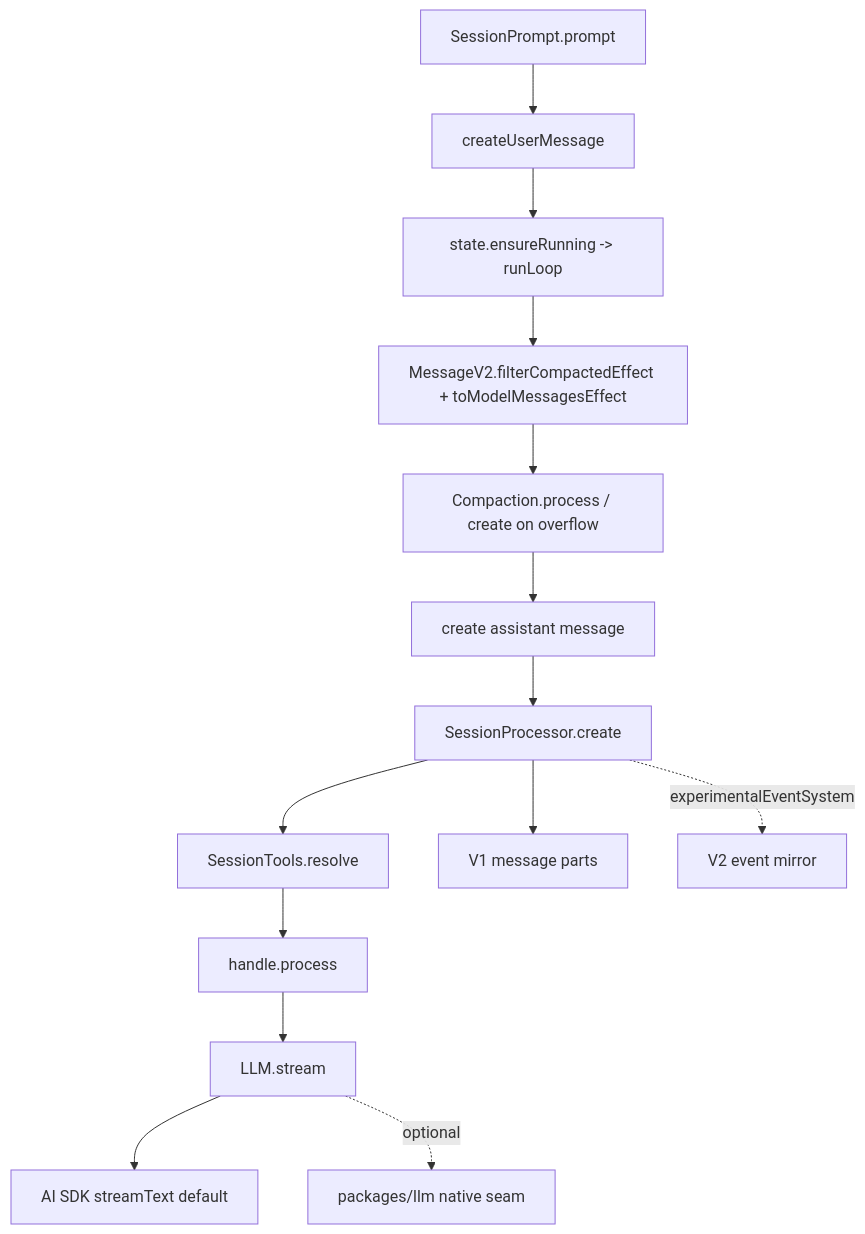
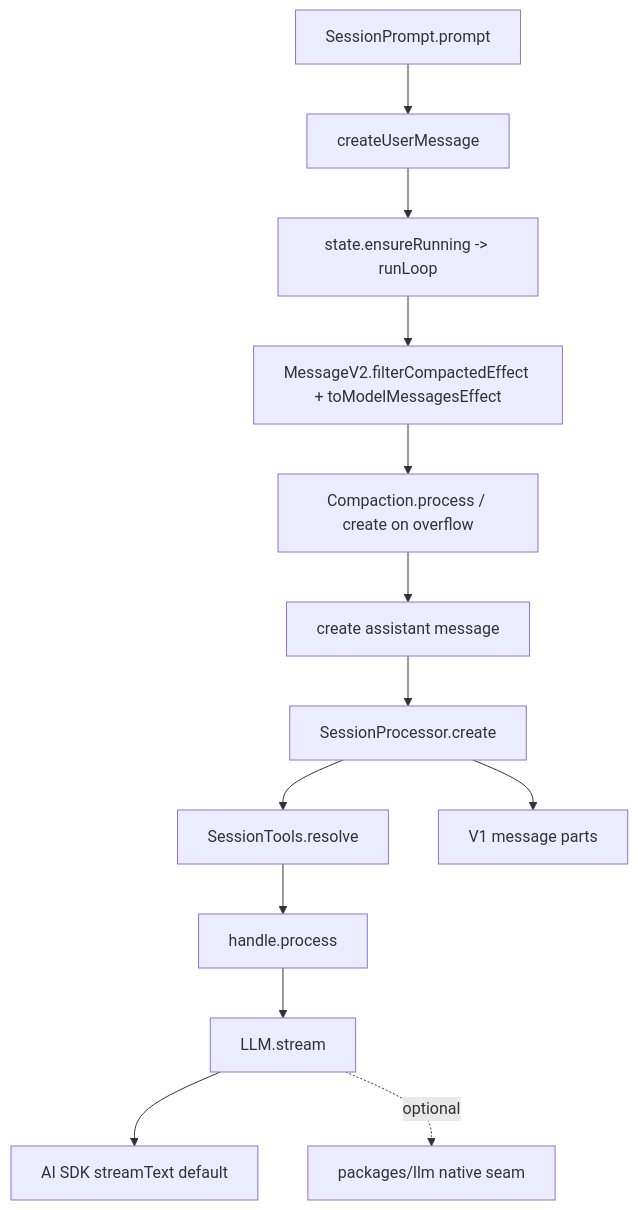
Before and after one commit to wdnmdtonyma/SOTA-Agent-LLM-Wiki: the diagram in docs/llm-wiki/opencode/spine/v1-turn-loop.md, drawn with Mermaid. The commit also changed other lines of this file and 544 other files, not shown here.

````diff
--- a/docs/llm-wiki/opencode/spine/v1-turn-loop.md
+++ b/docs/llm-wiki/opencode/spine/v1-turn-loop.md
@@ -23,16 +23,15 @@
 ```mermaid
 flowchart TD
   Prompt["SessionPrompt.prompt"] --> UserMsg["createUserMessage"]
   UserMsg --> Loop["state.ensureRunning -> runLoop"]
   Loop --> History["MessageV2.filterCompactedEffect + toModelMessagesEffect"]
   History --> Compact["Compaction.process / create on overflow"]
   Compact --> Assistant["create assistant message"]
   Assistant --> Processor["SessionProcessor.create"]
   Processor --> Tools["SessionTools.resolve"]
   Tools --> Handle["handle.process"]
   Handle --> Stream["LLM.stream"]
   Stream --> AISDK["AI SDK streamText default"]
   Stream -. "optional" .-> Native["packages/llm native seam"]
   Processor --> Parts["V1 message parts"]
-  Processor -. "experimentalEventSystem" .-> EventV2["V2 event mirror"]
 ```
````
